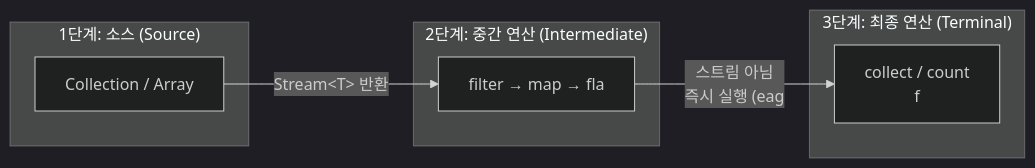
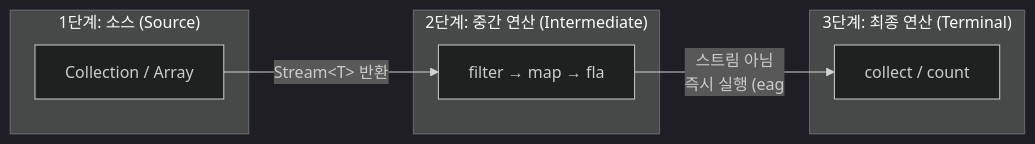
One commit to yjkim2015/yjkim2015.github.io changed the second of 4 diagrams in _posts/java/2026-05-01-java-stream.md. Above: the diagram before and after it, drawn with Mermaid (dark theme). The commit also changed other lines of this file and 217 other files, not shown here.

First line of the commit message:
Mermaid 크기 수정: useMaxWidth:true + SVG max-width:100% + 라벨 축소

````diff
--- a/_posts/java/2026-05-01-java-stream.md
+++ b/_posts/java/2026-05-01-java-stream.md
@@ -68,14 +68,14 @@
 ```mermaid
 graph LR
   subgraph "1단계: 소스 (Source)"
     A["Collection / Array"]
   end
   subgraph "2단계: 중간 연산 (Intermediate)"
     B["filter → map → fla"]
   end
   subgraph "3단계: 최종 연산 (Terminal)"
-    C["collect / count\nf"]
+    C["collect / count"]
   end
   A -->|"Stream&lt;T&gt; 반환"| B
   B -->|"스트림 아님\n즉시 실행 (eag"| C
 ```
````
